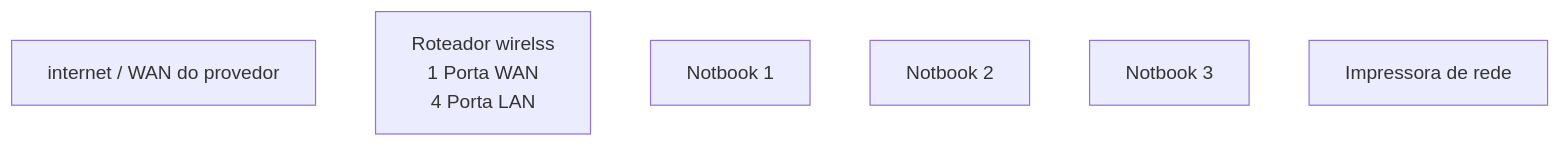
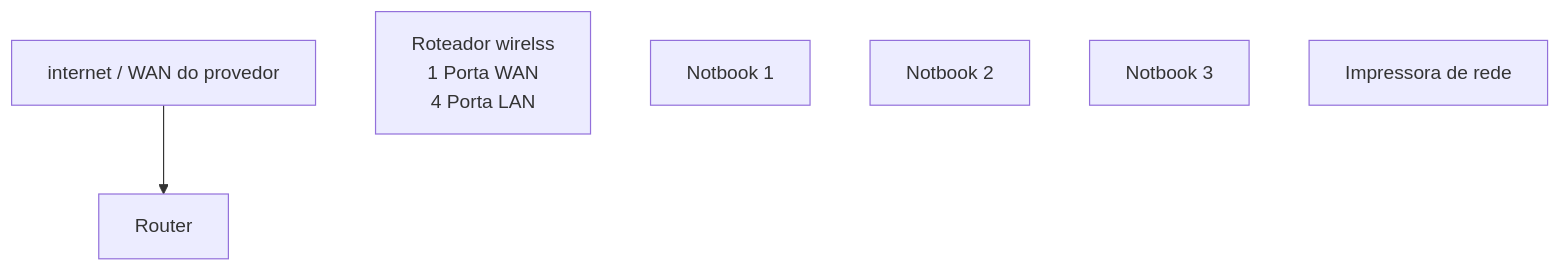
One commit to ryan0f0lima32/-lab-redes-01 changed the diagram in README.md. Above: the diagram before and after it, drawn with Mermaid.

Commit message:
Add WAN to Router section in README

````diff
--- a/README.md
+++ b/README.md
@@ -35,14 +35,15 @@
  ```mermaid 
 graph TD
 
 WAN[internet / WAN do provedor]
 
 Roteador[Roteador wirelss<br>1 Porta WAN<br>4 Porta LAN]
 
 PC1[Notbook 1]
 PC2[Notbook 2]
 PC3[Notbook 3]
 
 Printer[Impressora de rede]
 
+WAN --> Router
 ```
````
